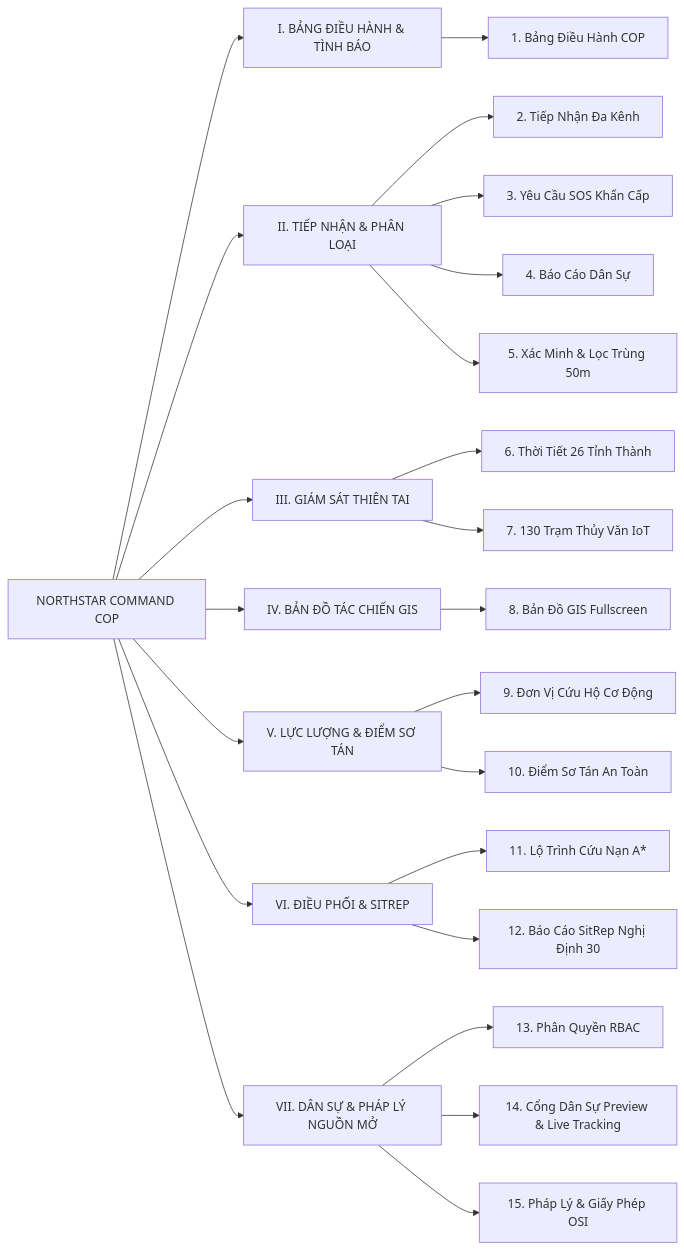
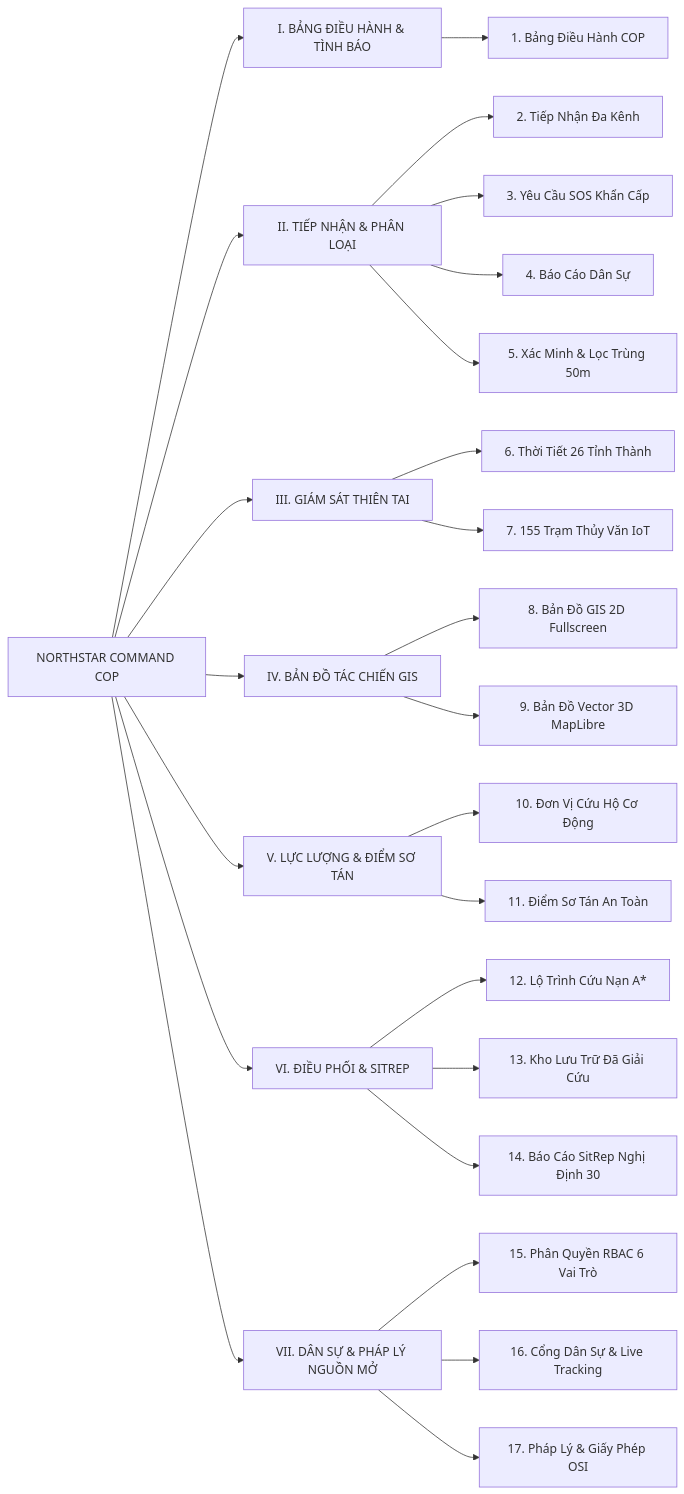
Before and after one commit to GrassTouchers1/GrassTouchers-Frontend: the second of 2 diagrams in README.md, drawn with Mermaid. The commit also changed other lines of this file, not shown here.

Commit message:
docs: comprehensive 10/10 master README with dual-map engine, 17 command panes, tactical utilities, hotkeys, and OLP PMNM compliance

````diff
--- a/README.md
+++ b/README.md
@@ -124,26 +65,28 @@
 ```mermaid
 flowchart LR
     COP[NORTHSTAR COMMAND COP] --> G1[I. BẢNG ĐIỀU HÀNH & TÌNH BÁO]
     COP --> G2[II. TIẾP NHẬN & PHÂN LOẠI]
     COP --> G3[III. GIÁM SÁT THIÊN TAI]
     COP --> G4[IV. BẢN ĐỒ TÁC CHIẾN GIS]
     COP --> G5[V. LỰC LƯỢNG & ĐIỂM SƠ TÁN]
     COP --> G6[VI. ĐIỀU PHỐI & SITREP]
     COP --> G7[VII. DÂN SỰ & PHÁP LÝ NGUỒN MỞ]
 
     G1 --> P1[1. Bảng Điều Hành COP]
     G2 --> P2[2. Tiếp Nhận Đa Kênh]
     G2 --> P3[3. Yêu Cầu SOS Khẩn Cấp]
     G2 --> P4[4. Báo Cáo Dân Sự]
     G2 --> P5[5. Xác Minh & Lọc Trùng 50m]
     G3 --> P6[6. Thời Tiết 26 Tỉnh Thành]
-    G3 --> P7[7. 130 Trạm Thủy Văn IoT]
-    G4 --> P8[8. Bản Đồ GIS Fullscreen]
-    G5 --> P9[9. Đơn Vị Cứu Hộ Cơ Động]
-    G5 --> P10[10. Điểm Sơ Tán An Toàn]
-    G6 --> P11[11. Lộ Trình Cứu Nạn A*]
-    G6 --> P12[12. Báo Cáo SitRep Nghị Định 30]
-    G7 --> P13[13. Phân Quyền RBAC]
-    G7 --> P14[14. Cổng Dân Sự Preview & Live Tracking]
-    G7 --> P15[15. Pháp Lý & Giấy Phép OSI]
+    G3 --> P7[7. 155 Trạm Thủy Văn IoT]
+    G4 --> P8[8. Bản Đồ GIS 2D Fullscreen]
+    G4 --> P9[9. Bản Đồ Vector 3D MapLibre]
+    G5 --> P10[10. Đơn Vị Cứu Hộ Cơ Động]
+    G5 --> P11[11. Điểm Sơ Tán An Toàn]
+    G6 --> P12[12. Lộ Trình Cứu Nạn A*]
+    G6 --> P13[13. Kho Lưu Trữ Đã Giải Cứu]
+    G6 --> P14[14. Báo Cáo SitRep Nghị Định 30]
+    G7 --> P15[15. Phân Quyền RBAC 6 Vai Trò]
+    G7 --> P16[16. Cổng Dân Sự & Live Tracking]
+    G7 --> P17[17. Pháp Lý & Giấy Phép OSI]
 ```
````
